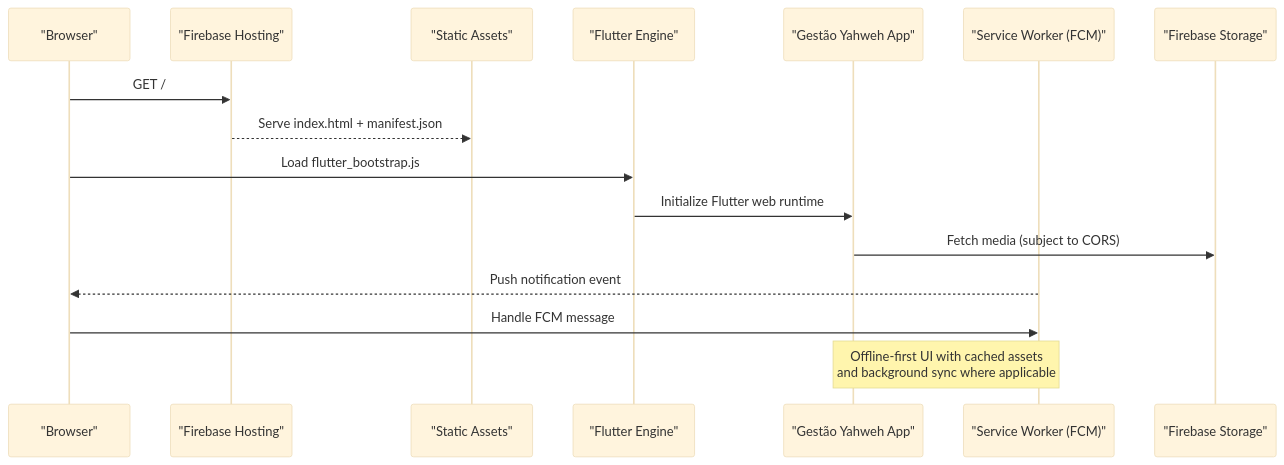
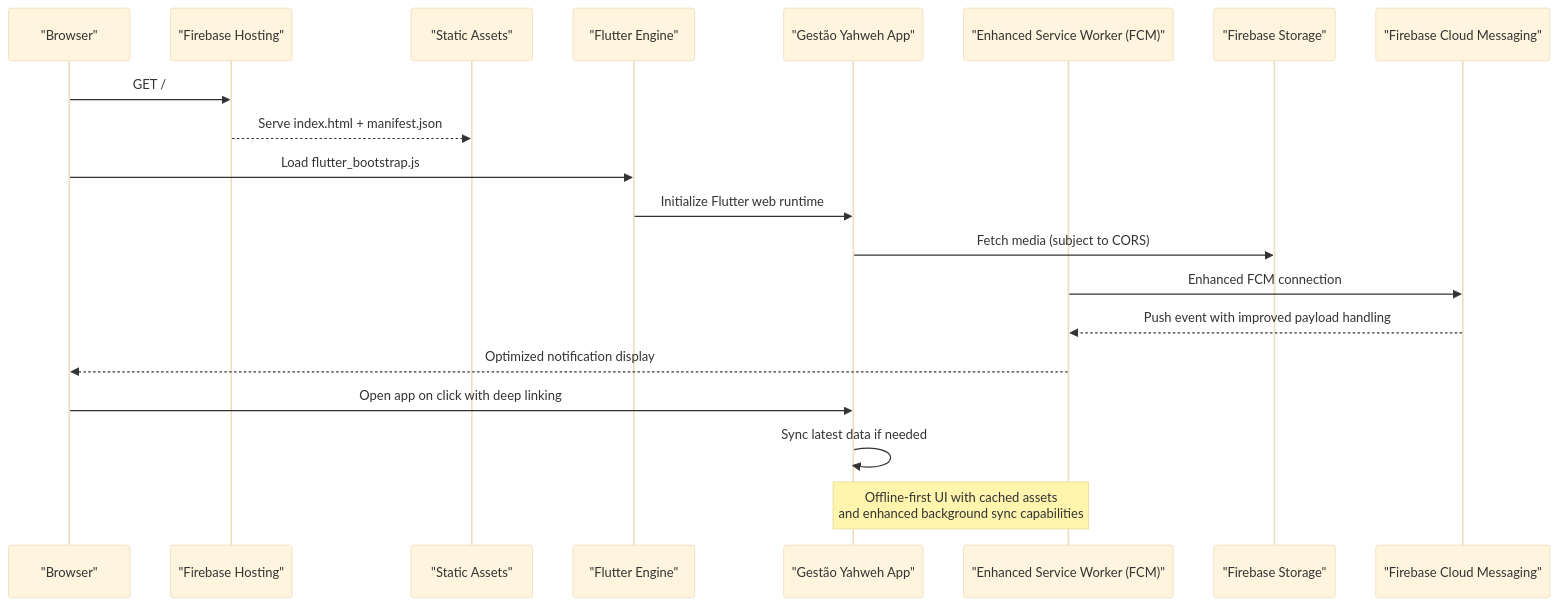
One commit to raihom-netizen/com.gestaoyahwehios.app changed the second of 8 diagrams in .qoder/repowiki/en/content/Web Platform/Web Platform.md. Above: the diagram before and after it, drawn with Mermaid (base theme). The commit also changed other lines of this file and 504 other files, not shown here.

````diff
--- a/.qoder/repowiki/en/content/Web Platform/Web Platform.md
+++ b/.qoder/repowiki/en/content/Web Platform/Web Platform.md
@@ -139,18 +161,22 @@
 ```mermaid
 sequenceDiagram
 participant Browser as "Browser"
 participant Hosting as "Firebase Hosting"
 participant Assets as "Static Assets"
 participant Engine as "Flutter Engine"
 participant App as "Gestão Yahweh App"
-participant SW as "Service Worker (FCM)"
+participant SW as "Enhanced Service Worker (FCM)"
 participant Storage as "Firebase Storage"
+participant FCM as "Firebase Cloud Messaging"
 Browser->>Hosting : GET /
 Hosting-->>Assets : Serve index.html + manifest.json
 Browser->>Engine : Load flutter_bootstrap.js
 Engine->>App : Initialize Flutter web runtime
 App->>Storage : Fetch media (subject to CORS)
-SW-->>Browser : Push notification event
-Browser->>SW : Handle FCM message
-Note over App,SW : Offline-first UI with cached assets<br/>and background sync where applicable
+SW->>FCM : Enhanced FCM connection
+FCM-->>SW : Push event with improved payload handling
+SW-->>Browser : Optimized notification display
+Browser->>App : Open app on click with deep linking
+App->>App : Sync latest data if needed
+Note over App,SW : Offline-first UI with cached assets<br/>and enhanced background sync capabilities
 ```
````
